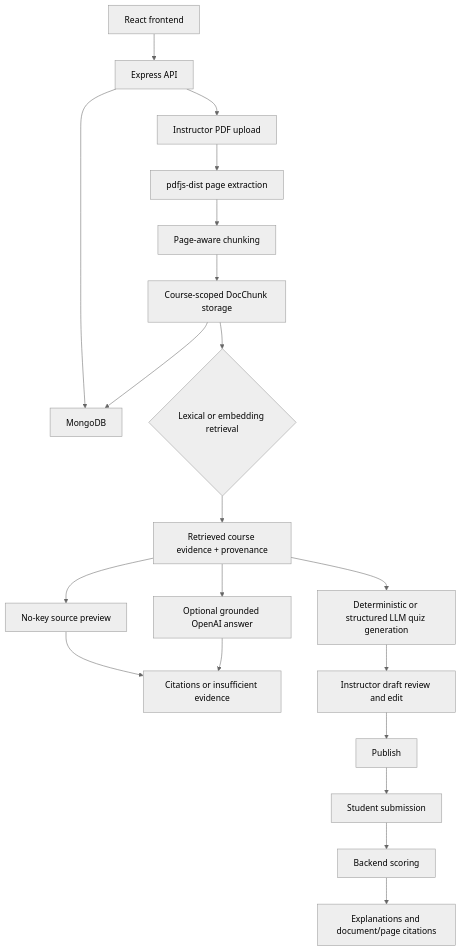
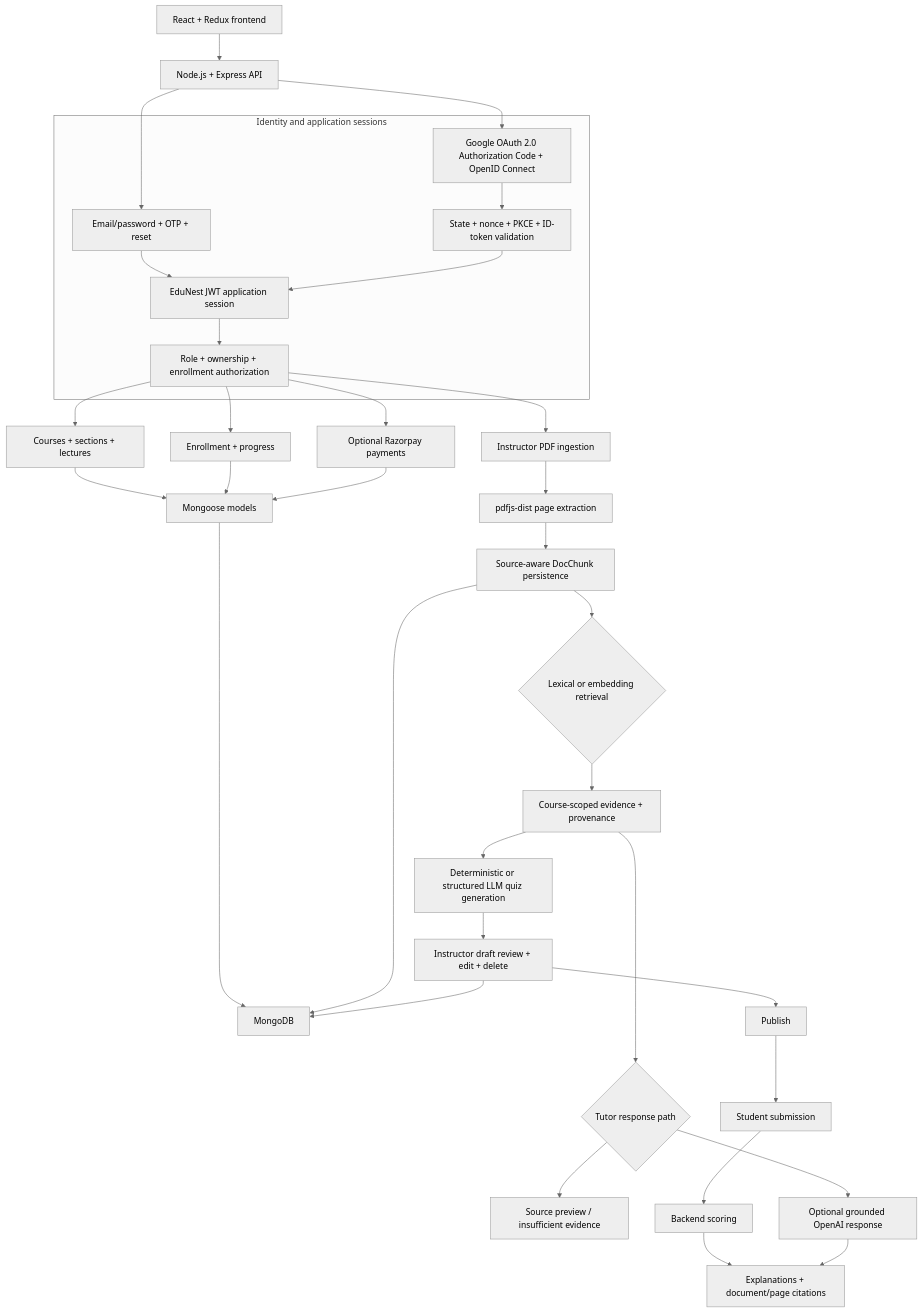
One commit to knb2345/EduNest-AI changed the diagram in README.md. Above: the diagram before and after it, drawn with Mermaid (neutral theme). The commit also changed other lines of this file and 19 other files, not shown here.

Commit message:
docs: present EduNest AI as an end-to-end learning platform

````diff
--- a/README.md
+++ b/README.md
@@ -57,25 +73,41 @@
 ```mermaid
-flowchart TD
-  React["React frontend"] --> API["Express API"]
-  API --> Mongo["MongoDB"]
+flowchart TB
+  Browser["React + Redux frontend"] --> API["Node.js + Express API"]
 
-  API --> Upload["Instructor PDF upload"]
-  Upload --> Extract["pdfjs-dist page extraction"]
-  Extract --> Chunk["Page-aware chunking"]
-  Chunk --> DocChunk["Course-scoped DocChunk storage"]
-  DocChunk --> Mongo
+  subgraph Identity["Identity and application sessions"]
+    Local["Email/password + OTP + reset"] --> Session["EduNest JWT application session"]
+    Google["Google OAuth 2.0 Authorization Code + OpenID Connect"] --> Checks["State + nonce + PKCE + ID-token validation"]
+    Checks --> Session
+    Session --> Authorization["Role + ownership + enrollment authorization"]
+  end
 
-  DocChunk --> Retrieve{"Lexical or embedding retrieval"}
-  Retrieve --> Evidence["Retrieved course evidence + provenance"]
-  Evidence --> Preview["No-key source preview"]
-  Evidence --> Grounded["Optional grounded OpenAI answer"]
-  Preview --> TutorResult["Citations or insufficient evidence"]
-  Grounded --> TutorResult
+  API --> Local
+  API --> Google
+  Authorization --> Learning["Courses + sections + lectures"]
+  Authorization --> Enrollment["Enrollment + progress"]
+  Authorization --> Payment["Optional Razorpay payments"]
+
+  Learning --> Mongoose["Mongoose models"]
+  Enrollment --> Mongoose
+  Payment --> Mongoose
+  Mongoose --> MongoDB["MongoDB"]
+
+  Authorization --> Upload["Instructor PDF ingestion"]
+  Upload --> PDF["pdfjs-dist page extraction"]
+  PDF --> Chunks["Source-aware DocChunk persistence"]
+  Chunks --> MongoDB
+  Chunks --> Retrieval{"Lexical or embedding retrieval"}
+  Retrieval --> Evidence["Course-scoped evidence + provenance"]
+  Evidence --> Tutor{"Tutor response path"}
+  Tutor --> Preview["Source preview / insufficient evidence"]
+  Tutor --> OpenAI["Optional grounded OpenAI response"]
 
   Evidence --> QuizGen["Deterministic or structured LLM quiz generation"]
-  QuizGen --> Draft["Instructor draft review and edit"]
+  QuizGen --> Draft["Instructor draft review + edit + delete"]
   Draft --> Publish["Publish"]
-  Publish --> Student["Student submission"]
-  Student --> Score["Backend scoring"]
-  Score --> Results["Explanations and document/page citations"]
+  Publish --> Submit["Student submission"]
+  Submit --> Score["Backend scoring"]
+  Score --> Results["Explanations + document/page citations"]
+  OpenAI --> Results
+  Draft --> MongoDB
 ```
````
